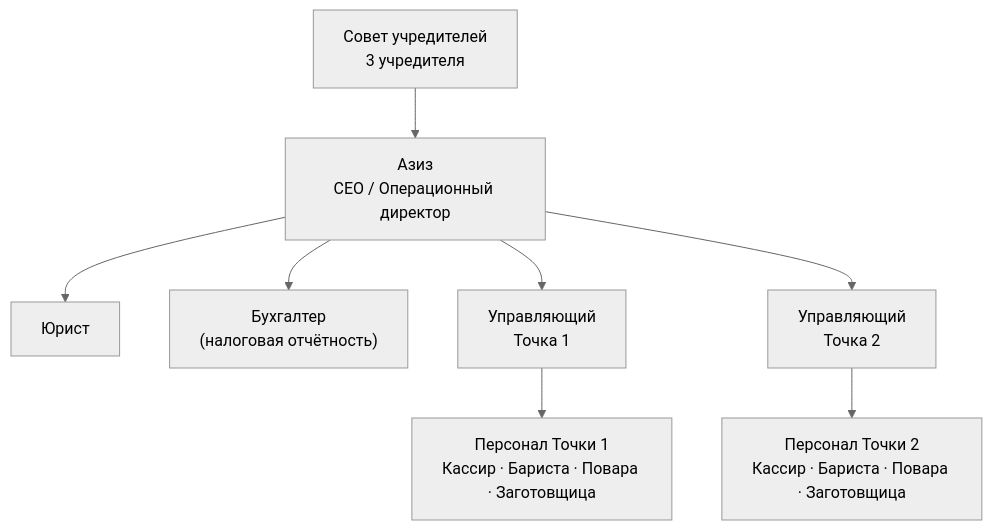
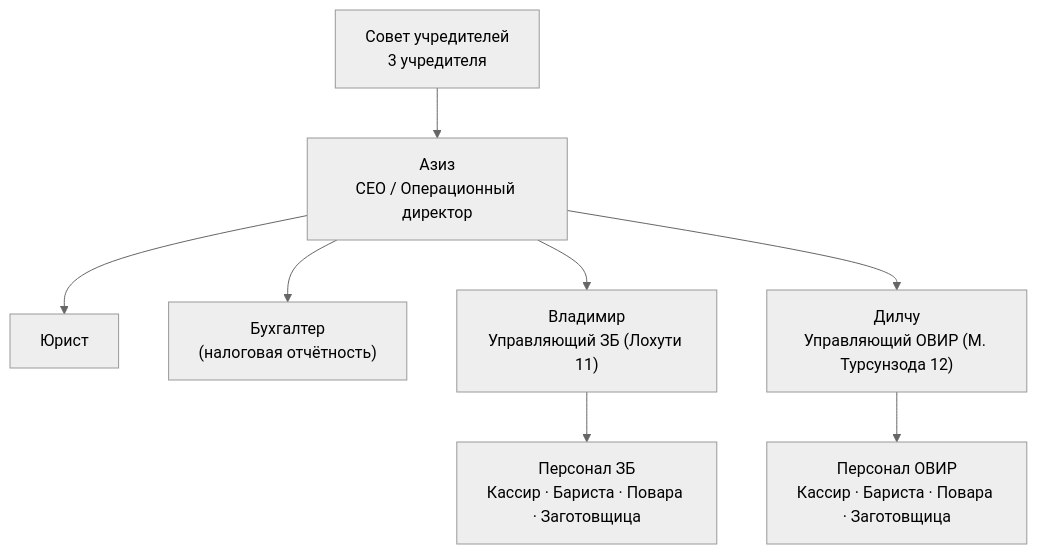
One commit to begetterai/My-vault changed the diagram in 1-Projects/romashka/org/оргструктура.md. Above: the diagram before and after it, drawn with Mermaid (neutral theme). The commit also changed other lines of this file and 1 other file, not shown here.

Commit message:
Ромашка: точки, управляющие, уточнение по технологу

````diff
--- a/1-Projects/romashka/org/оргструктура.md
+++ b/1-Projects/romashka/org/оргструктура.md
@@ -9,19 +9,19 @@
 ```mermaid
 graph TD
     UC["Совет учредителей\n3 учредителя"]
     CEO["Азиз\nCEO / Операционный директор"]
     JR["Юрист"]
     BH["Бухгалтер\n(налоговая отчётность)"]
-    M1["Управляющий\nТочка 1"]
-    M2["Управляющий\nТочка 2"]
-    S1["Персонал Точки 1\nКассир · Бариста · Повара · Заготовщица"]
-    S2["Персонал Точки 2\nКассир · Бариста · Повара · Заготовщица"]
+    M1["Владимир\nУправляющий ЗБ (Лохути 11)"]
+    M2["Дилчу\nУправляющий ОВИР (М. Турсунзода 12)"]
+    S1["Персонал ЗБ\nКассир · Бариста · Повара · Заготовщица"]
+    S2["Персонал ОВИР\nКассир · Бариста · Повара · Заготовщица"]
 
     UC --> CEO
     CEO --> JR
     CEO --> BH
     CEO --> M1
     CEO --> M2
     M1 --> S1
     M2 --> S2
 ```
````
